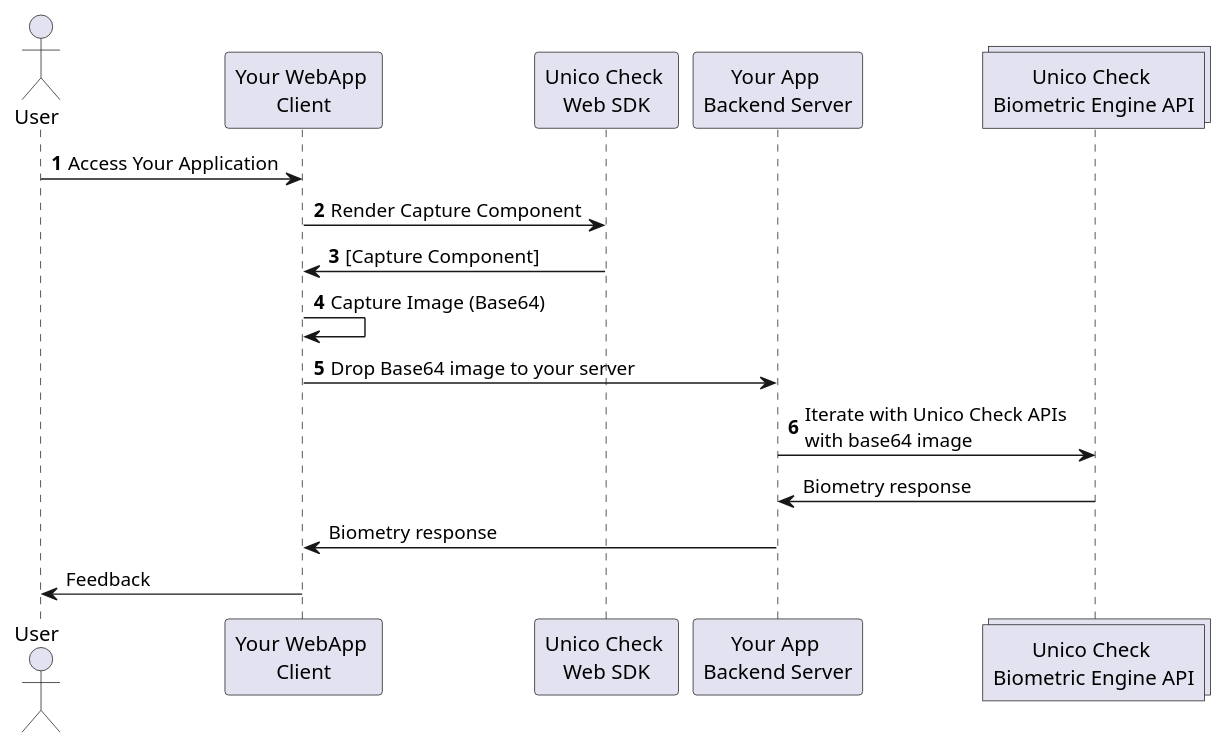
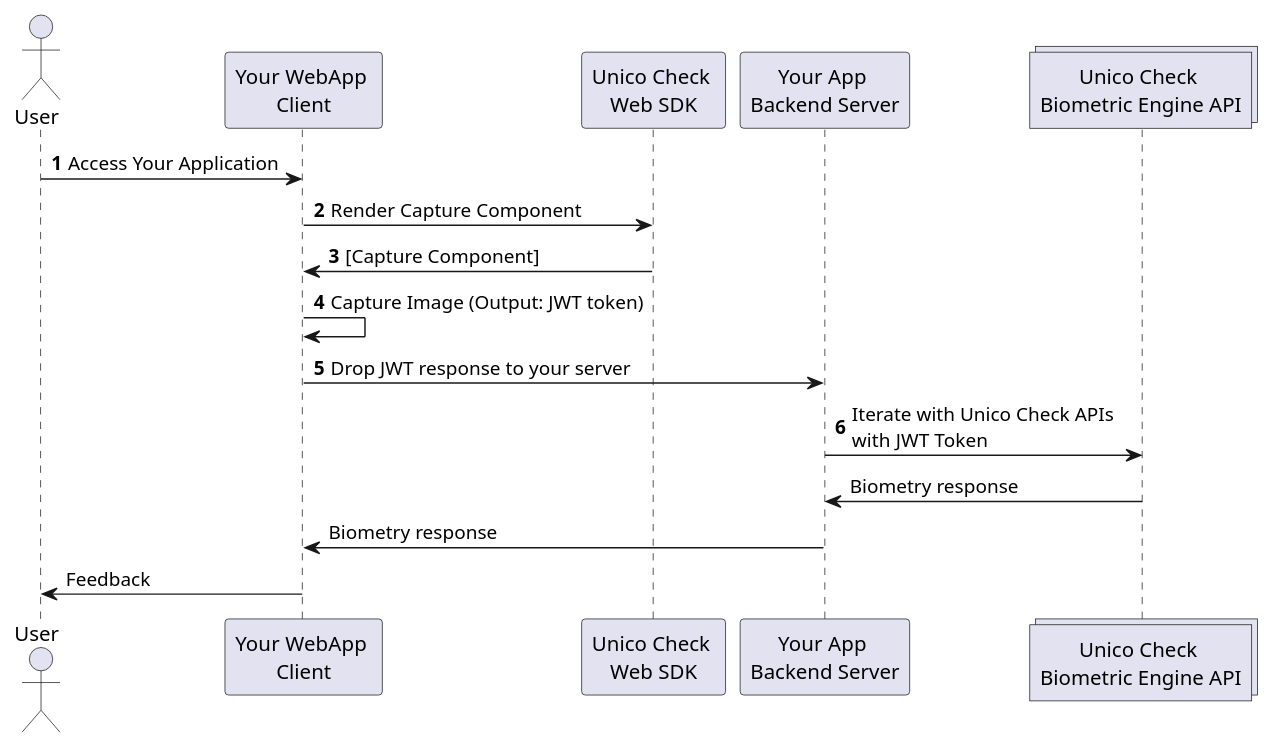
The diagram in docs/guias/web/overview.md (mrcsvg/unico-stage), drawn with PlantUML before and after one commit. The commit also changed other lines of this file and 22 other files, not shown here.

````diff
--- a/docs/guias/web/overview.md
+++ b/docs/guias/web/overview.md
@@ -80,26 +87,26 @@
 ```plantuml Your title
 
 @startuml
 
 actor       User        as User
 participant YourApp     as "Your WebApp \nClient"
 participant UnicoSDK    as "Unico Check \nWeb SDK"
 participant YourServer  as "Your App \nBackend Server"
 collections UnicoServer as "Unico Check \nBiometric Engine API"
 
 autonumber
 User -> YourApp : Access Your Application
 YourApp -> UnicoSDK : Render Capture Component
 UnicoSDK -> YourApp: [Capture Component]
-YourApp -> YourApp: Capture Image (Base64)
-YourApp -> YourServer: Drop Base64 image to your server  
-YourServer -> UnicoServer: Iterate with Unico Check APIs \nwith base64 image
+YourApp -> YourApp: Capture Image (Output: JWT token)
+YourApp -> YourServer: Drop JWT response to your server  
+YourServer -> UnicoServer: Iterate with Unico Check APIs \nwith JWT Token
 
 autonumber stop
 UnicoServer -> YourServer: Biometry response 
 YourServer -> YourApp : Biometry response
 User <- YourApp : Feedback
 
 @enduml
 
 ```
````
